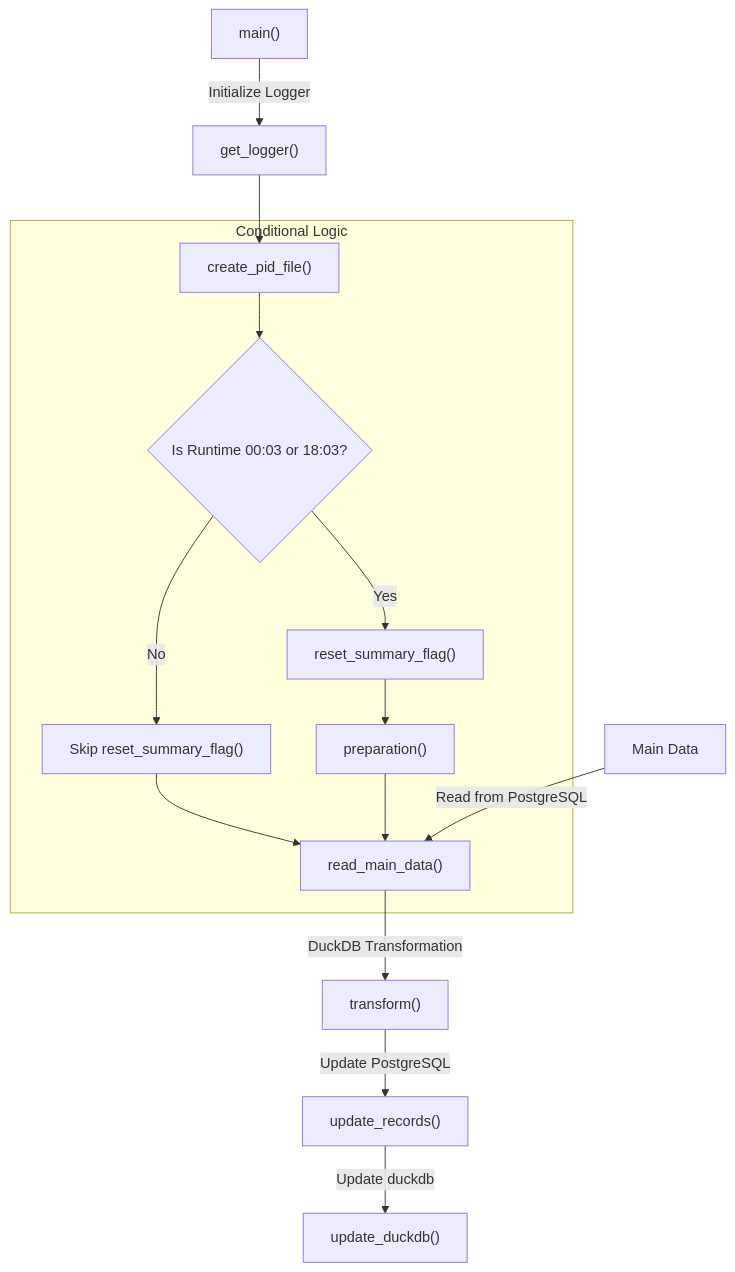
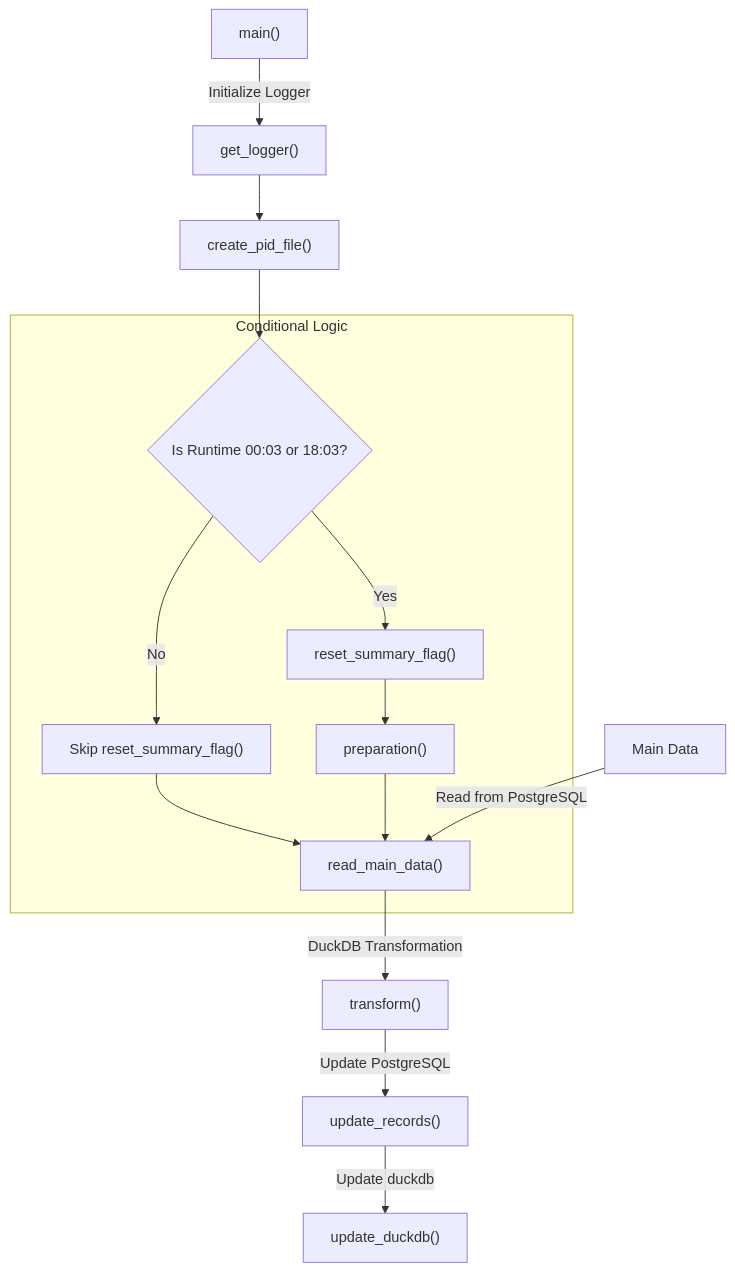
The second of 2 diagrams in UDR/calculation_readme.md (maulanaady/psn), drawn with Mermaid before and after one commit.

Commit message:
update readme file

````diff
--- a/UDR/calculation_readme.md
+++ b/UDR/calculation_readme.md
@@ -74,20 +74,19 @@
 ```mermaid
 graph TD;
     A[main#40;#41;] --> |Initialize Logger| B[get_logger#40;#41;];
     B --> D[create_pid_file#40;#41;];
-
+    D --> G{Is Runtime 00:03 or 18:03?}
     
     subgraph Conditional Logic
-        D --> G{Is Runtime 00:03 or 18:03?}
         G -- Yes --> H[reset_summary_flag#40;#41;];
         G -- No --> I[Skip reset_summary_flag#40;#41;] --> F[read_main_data#40;#41;];
         H --> J[preparation#40;#41;] --> F[read_main_data#40;#41;];
     end
 
     P[Main Data] --> |Read from PostgreSQL| F;
     F --> |DuckDB Transformation| K[transform#40;#41;];
     K --> |Update PostgreSQL| L[update_records#40;#41;];
     L --> |Update duckdb| M[update_duckdb#40;#41;];
 
 
 ```
````
